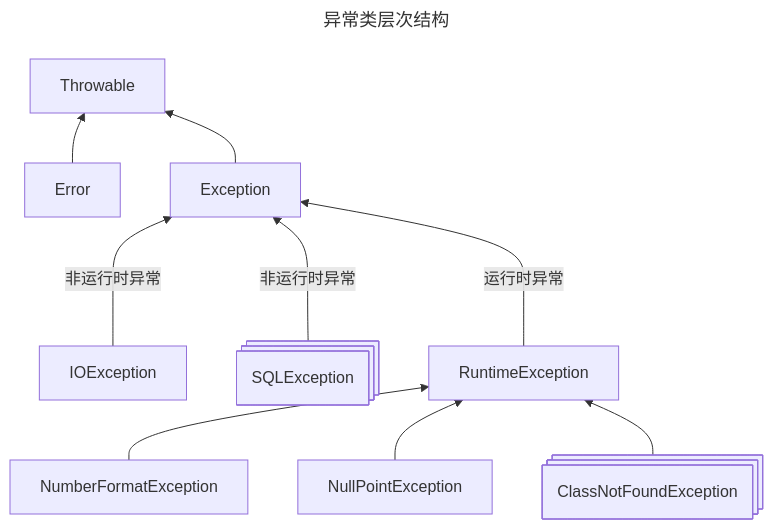
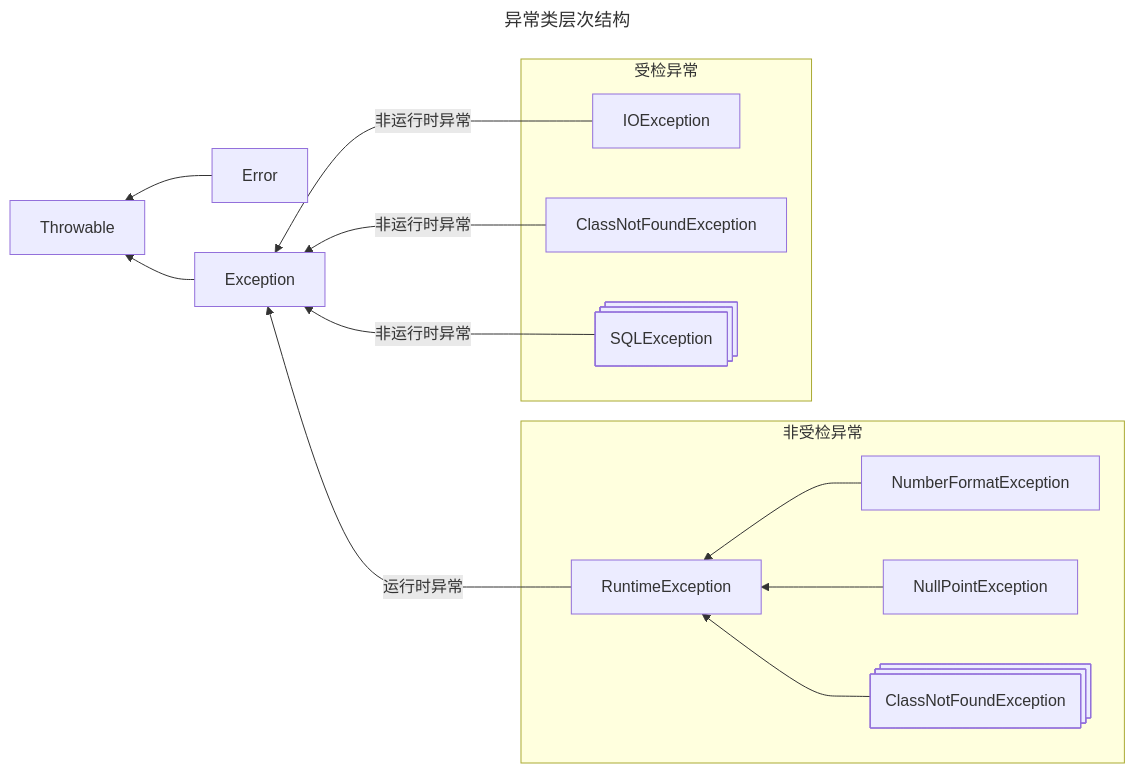
One commit to InfiniteAstral/notes changed the diagram in 计算机科学/面向对象设计与Java编程/3 封装性的 Java 编程实现/3-5 Java 异常处理机制.md. Above: the diagram before and after it, drawn with Mermaid. The commit also changed other lines of this file, not shown here.

````diff
--- a/计算机科学/面向对象设计与Java编程/3 封装性的 Java 编程实现/3-5 Java 异常处理机制.md
+++ b/计算机科学/面向对象设计与Java编程/3 封装性的 Java 编程实现/3-5 Java 异常处理机制.md
@@ -7,16 +221,25 @@
 ```mermaid
 ---
 title: 异常类层次结构
 ---
-flowchart BT
+flowchart RL
+    subgraph 非受检异常
     NumberFormatException --> RuntimeException
     NullPointException --> RuntimeException
     A@{ shape: procs, label: "ClassNotFoundException"} --> RuntimeException
+    end
+
+    subgraph 受检异常
+    IOException
+    ClassNotFoundException
+    B
+    end
 
     IOException --->|非运行时异常|Exception
+    ClassNotFoundException --->|非运行时异常|Exception
     B@{ shape: procs, label: "SQLException"} --->|非运行时异常|Exception
     RuntimeException --->|运行时异常|Exception
 
     Error --> Throwable
     Exception --> Throwable
 ```
````
